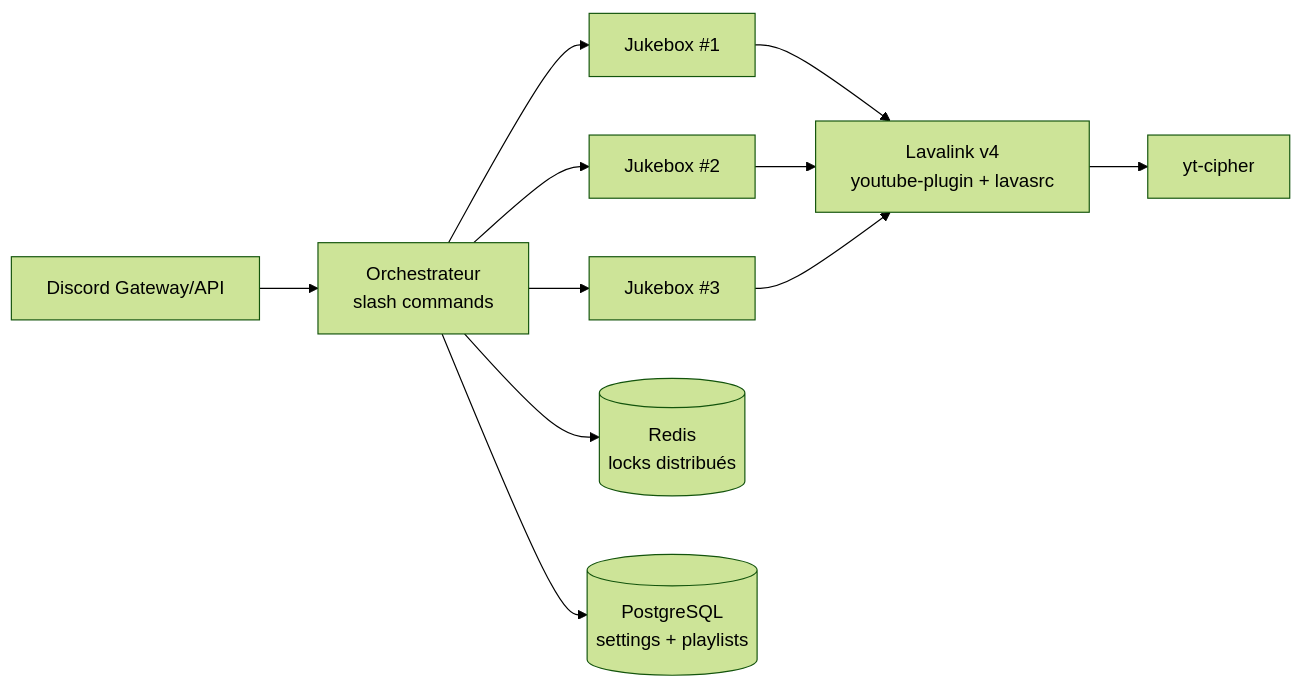
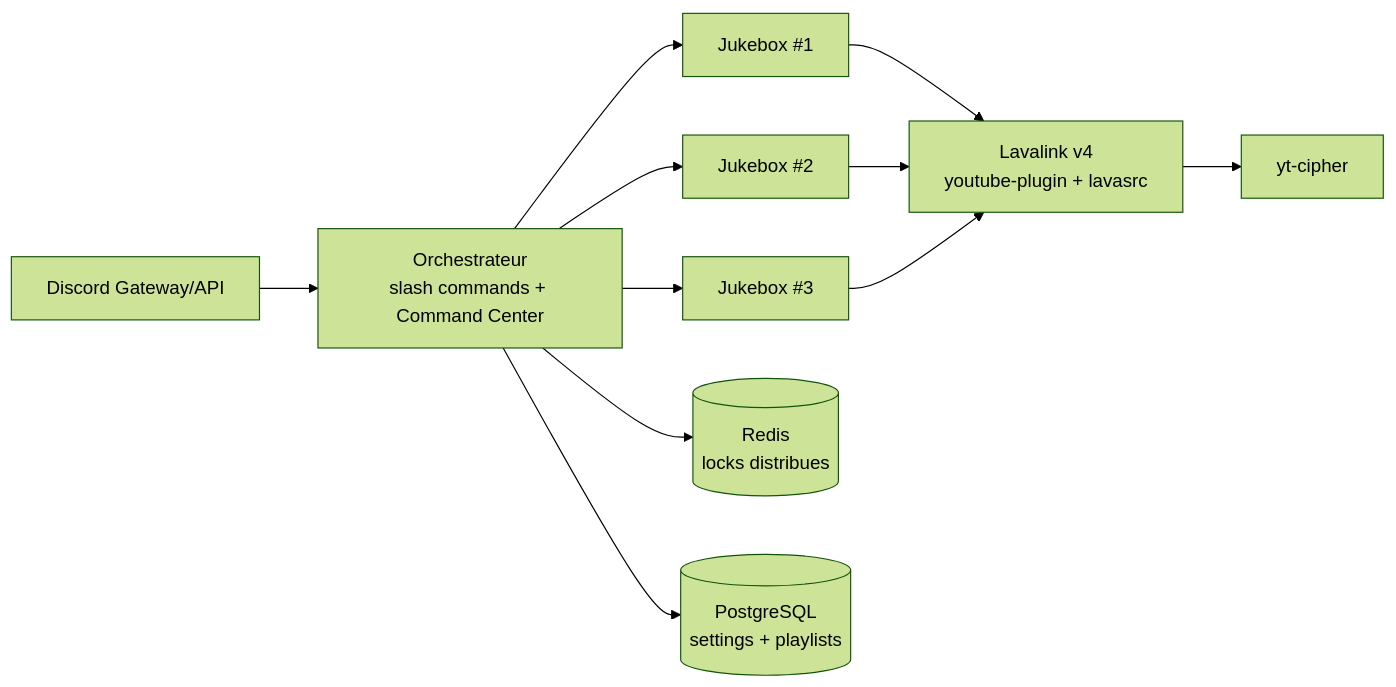
One commit to BYTOOX/discord-bot changed the diagram in README.md. Above: the diagram before and after it, drawn with Mermaid (forest theme). The commit also changed other lines of this file, not shown here.

Commit message:
docs: update README for orchestrator and command center

````diff
--- a/README.md
+++ b/README.md
@@ -71,13 +71,13 @@
 ```mermaid
 flowchart LR
-    D[Discord Gateway/API] --> O[Orchestrateur\nslash commands]
+    D[Discord Gateway/API] --> O[Orchestrateur\nslash commands + Command Center]
     O --> J1[Jukebox #1]
     O --> J2[Jukebox #2]
     O --> J3[Jukebox #3]
-    O --> R[(Redis\nlocks distribués)]
+    O --> R[(Redis\nlocks distribues)]
     O --> P[(PostgreSQL\nsettings + playlists)]
     J1 --> L[Lavalink v4\nyoutube-plugin + lavasrc]
     J2 --> L
     J3 --> L
     L --> C[yt-cipher]
 ```
````
